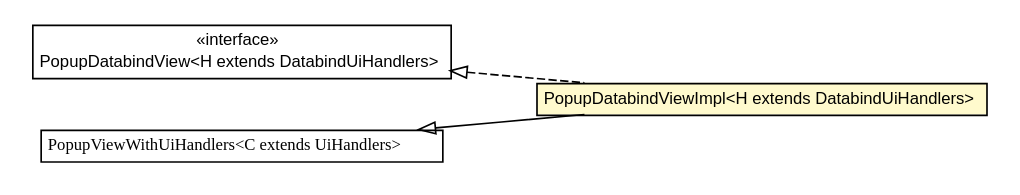
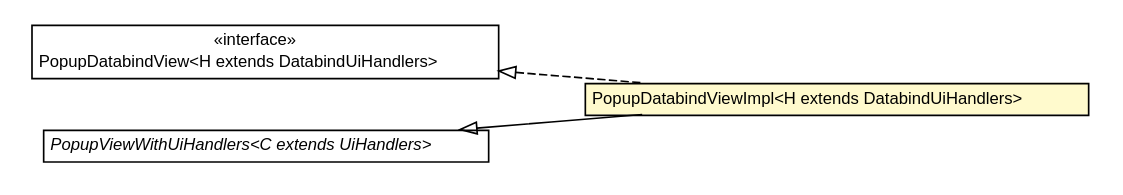
Before and after one commit to growbit/turbogwt-gwtp: the diagram in javadoc/apidocs/org/turbogwt/ext/gwtp/databind/client/PopupDatabindViewImpl.dot, drawn with Graphviz. The commit also changed 47 other files, not shown here.

```diff
--- a/javadoc/apidocs/org/turbogwt/ext/gwtp/databind/client/PopupDatabindViewImpl.dot
+++ b/javadoc/apidocs/org/turbogwt/ext/gwtp/databind/client/PopupDatabindViewImpl.dot
@@ -1,36 +1,36 @@
 #!/usr/local/bin/dot
 #
 # Class diagram 
 # Generated by UMLGraph version R5_6-24-gf6e263 (http://www.umlgraph.org/)
 #
 
 digraph G {
-	edge [fontname="arial",fontsize=10,labelfontname="arial",labelfontsize=10];
-	node [fontname="arial",fontsize=10,shape=plaintext];
+	edge [fontname="Helvetica",fontsize=10,labelfontname="Helvetica",labelfontsize=10];
+	node [fontname="Helvetica",fontsize=10,shape=plaintext];
 	nodesep=0.25;
 	ranksep=0.5;
 	rankdir=LR;
 	// org.turbogwt.ext.gwtp.databind.client.PopupDatabindViewImpl<H extends org.turbogwt.ext.gwtp.databind.client.DatabindUiHandlers>
 	c54 [label=<<table title="org.turbogwt.ext.gwtp.databind.client.PopupDatabindViewImpl" border="0" cellborder="1" cellspacing="0" cellpadding="2" port="p" bgcolor="lemonChiffon" href="./PopupDatabindViewImpl.html">
 		<tr><td><table border="0" cellspacing="0" cellpadding="1">
 <tr><td align="center" balign="center"> PopupDatabindViewImpl&lt;H extends DatabindUiHandlers&gt; </td></tr>
 		</table></td></tr>
-		</table>>, URL="./PopupDatabindViewImpl.html", fontname="arial", fontcolor="black", fontsize=10.0];
+		</table>>, URL="./PopupDatabindViewImpl.html", fontname="Helvetica", fontcolor="black", fontsize=10.0];
 	// org.turbogwt.ext.gwtp.databind.client.PopupDatabindView<H extends org.turbogwt.ext.gwtp.databind.client.DatabindUiHandlers>
 	c55 [label=<<table title="org.turbogwt.ext.gwtp.databind.client.PopupDatabindView" border="0" cellborder="1" cellspacing="0" cellpadding="2" port="p" href="./PopupDatabindView.html">
 		<tr><td><table border="0" cellspacing="0" cellpadding="1">
 <tr><td align="center" balign="center"> &#171;interface&#187; </td></tr>
 <tr><td align="center" balign="center"> PopupDatabindView&lt;H extends DatabindUiHandlers&gt; </td></tr>
 		</table></td></tr>
-		</table>>, URL="./PopupDatabindView.html", fontname="arial", fontcolor="black", fontsize=10.0];
+		</table>>, URL="./PopupDatabindView.html", fontname="Helvetica", fontcolor="black", fontsize=10.0];
 	//org.turbogwt.ext.gwtp.databind.client.PopupDatabindViewImpl<H extends org.turbogwt.ext.gwtp.databind.client.DatabindUiHandlers> extends com.gwtplatform.mvp.client.PopupViewWithUiHandlers<H>
 	c59:p -> c54:p [dir=back,arrowtail=empty];
 	//org.turbogwt.ext.gwtp.databind.client.PopupDatabindViewImpl<H extends org.turbogwt.ext.gwtp.databind.client.DatabindUiHandlers> implements org.turbogwt.ext.gwtp.databind.client.PopupDatabindView<H extends org.turbogwt.ext.gwtp.databind.client.DatabindUiHandlers>
 	c55:p -> c54:p [dir=back,arrowtail=empty,style=dashed];
 	// com.gwtplatform.mvp.client.PopupViewWithUiHandlers<C extends com.gwtplatform.mvp.client.UiHandlers>
 	c59 [label=<<table title="com.gwtplatform.mvp.client.PopupViewWithUiHandlers" border="0" cellborder="1" cellspacing="0" cellpadding="2" port="p">
 		<tr><td><table border="0" cellspacing="0" cellpadding="1">
-<tr><td align="center" balign="center"><font face="arial italic"> PopupViewWithUiHandlers&lt;C extends UiHandlers&gt; </font></td></tr>
+<tr><td align="center" balign="center"><font face="Helvetica-Oblique"> PopupViewWithUiHandlers&lt;C extends UiHandlers&gt; </font></td></tr>
 		</table></td></tr>
-		</table>>, URL="null", fontname="arial", fontcolor="black", fontsize=10.0];
+		</table>>, URL="null", fontname="Helvetica", fontcolor="black", fontsize=10.0];
 }
```
